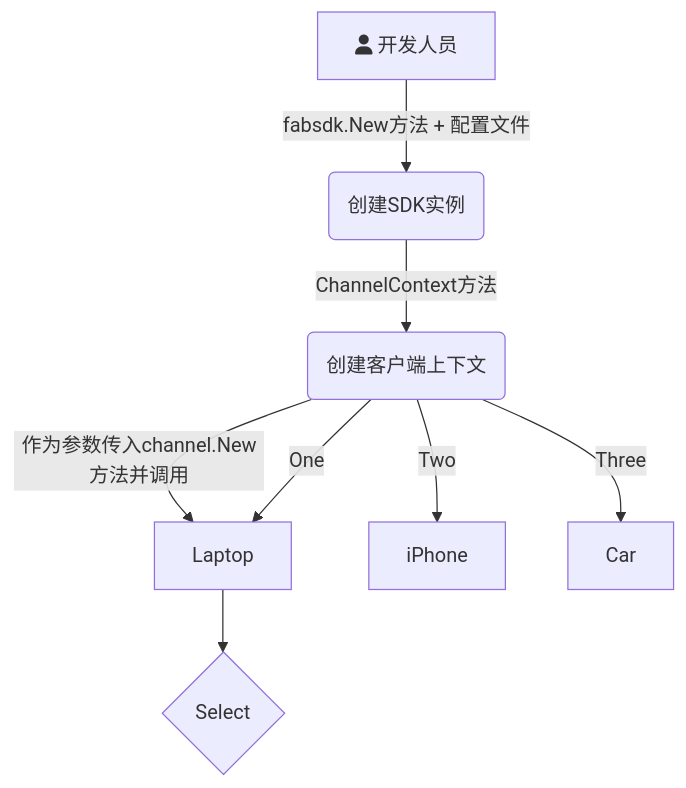
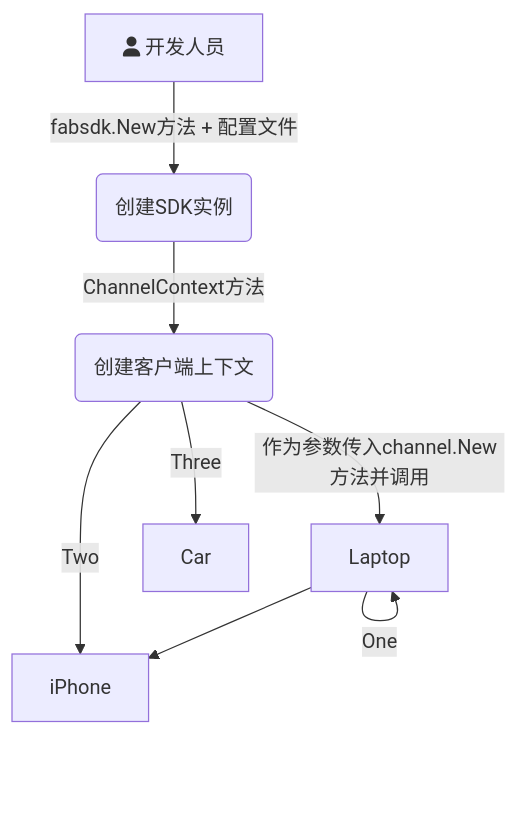
One commit to Utekichan/iodraw-files changed the diagram in all/未命名.md. Above: the diagram before and after it, drawn with Mermaid.

Commit message:
2024-03-30 22:18:59 update

````diff
--- a/all/未命名.md
+++ b/all/未命名.md
@@ -1,11 +1,11 @@
 ```mermaid
 graph TD
     A[fa:fa-user 开发人员] -->|fabsdk.New方法 + 配置文件| B(创建SDK实例)
     B-->|ChannelContext方法| C(创建客户端上下文)
     C-->|作为参数传入channel.New方法并调用| D(创建一个通道客户端)
-    D --> e{Select}
-    C -->|One| D[Laptop]
+    D --> E{Select}
+    D -->|One| D[Laptop]
     C -->|Two| E[iPhone]
     C -->|Three| F[Car]
   
 ```
````
